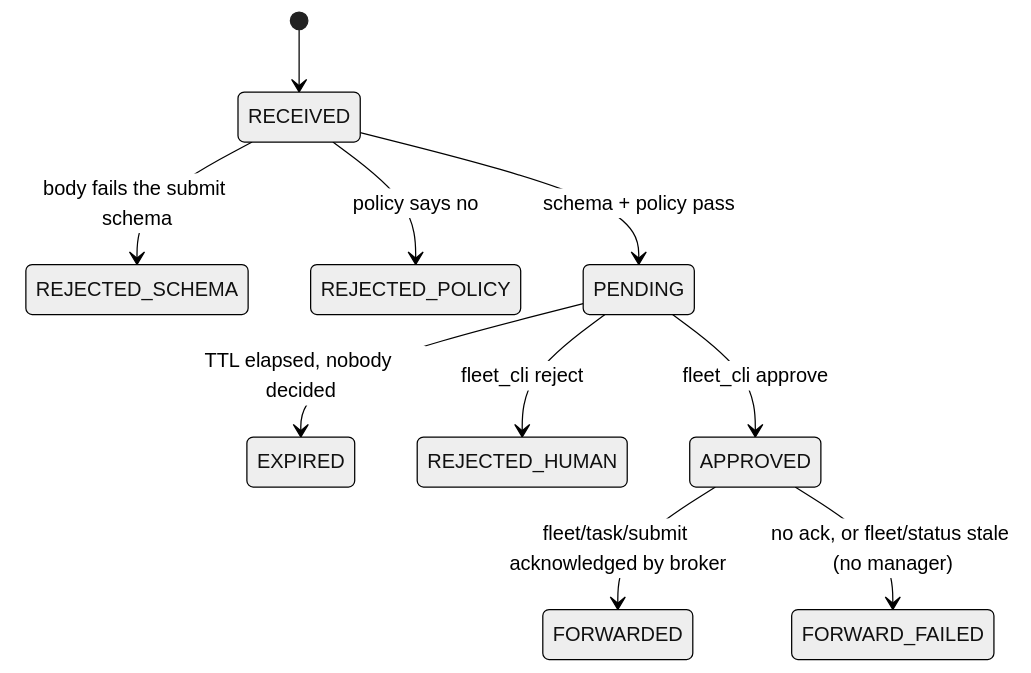
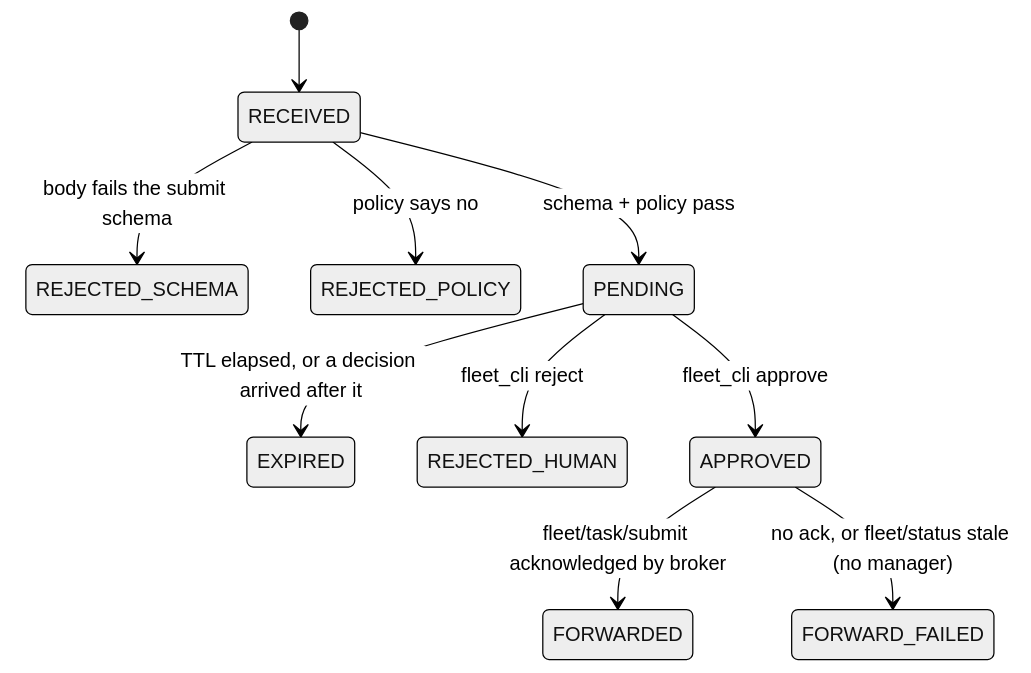
Before and after one commit to ozkannceylan/amr-agent: the second of 2 diagrams in m7/ARCHITECTURE.md, drawn with Mermaid (neutral theme). The commit also changed other lines of this file and 5 other files, not shown here.

````diff
--- a/m7/ARCHITECTURE.md
+++ b/m7/ARCHITECTURE.md
@@ -83,12 +83,12 @@
 ```mermaid
 stateDiagram-v2
   [*] --> RECEIVED
   RECEIVED --> REJECTED_SCHEMA: body fails the submit schema
   RECEIVED --> REJECTED_POLICY: policy says no
   RECEIVED --> PENDING: schema + policy pass
-  PENDING --> EXPIRED: TTL elapsed, nobody decided
+  PENDING --> EXPIRED: TTL elapsed, or a decision arrived after it
   PENDING --> REJECTED_HUMAN: fleet_cli reject
   PENDING --> APPROVED: fleet_cli approve
   APPROVED --> FORWARDED: fleet/task/submit acknowledged by broker
   APPROVED --> FORWARD_FAILED: no ack, or fleet/status stale (no manager)
 ```
````
